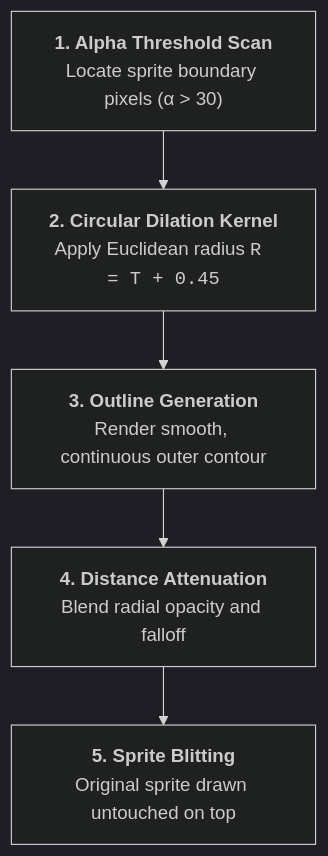
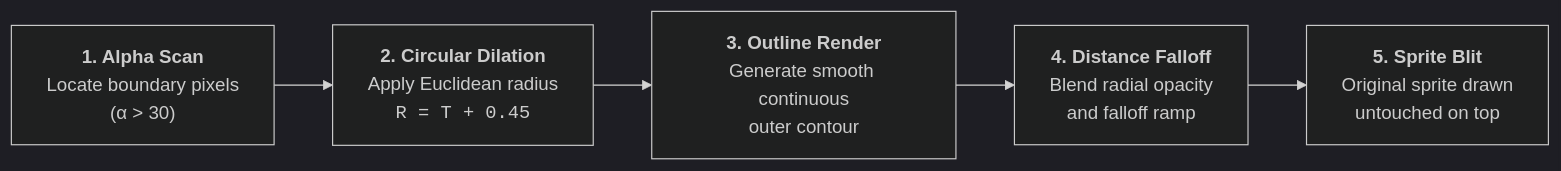
One commit to XZtotal/CraftingBlueprints-Wiki changed the second of 2 diagrams in docs/extended/typography-and-contours.md. Above: the diagram before and after it, drawn with Mermaid (dark theme). The commit also changed other lines of this file and 15 other files, not shown here.

Commit message:
style(docs): center diagrams, widen linear flows, reduce font size, and set table padding to 0.5rem

````diff
--- a/docs/extended/typography-and-contours.md
+++ b/docs/extended/typography-and-contours.md
@@ -95,10 +95,10 @@
 ```mermaid
-flowchart TD
-    S1["<b>1. Alpha Threshold Scan</b><br/>Locate sprite boundary pixels (α &gt; 30)"]
-    S2["<b>2. Circular Dilation Kernel</b><br/>Apply Euclidean radius <code>R = T + 0.45</code>"]
-    S3["<b>3. Outline Generation</b><br/>Render smooth, continuous outer contour"]
-    S4["<b>4. Distance Attenuation</b><br/>Blend radial opacity and falloff"]
-    S5["<b>5. Sprite Blitting</b><br/>Original sprite drawn untouched on top"]
+flowchart LR
+    S1["<b>1. Alpha Scan</b><br/>Locate boundary pixels<br/>(α &gt; 30)"]
+    S2["<b>2. Circular Dilation</b><br/>Apply Euclidean radius<br/><code>R = T + 0.45</code>"]
+    S3["<b>3. Outline Render</b><br/>Generate smooth continuous<br/>outer contour"]
+    S4["<b>4. Distance Falloff</b><br/>Blend radial opacity<br/>and falloff ramp"]
+    S5["<b>5. Sprite Blit</b><br/>Original sprite drawn<br/>untouched on top"]
 
     S1 --> S2 --> S3 --> S4 --> S5
 ```
````
